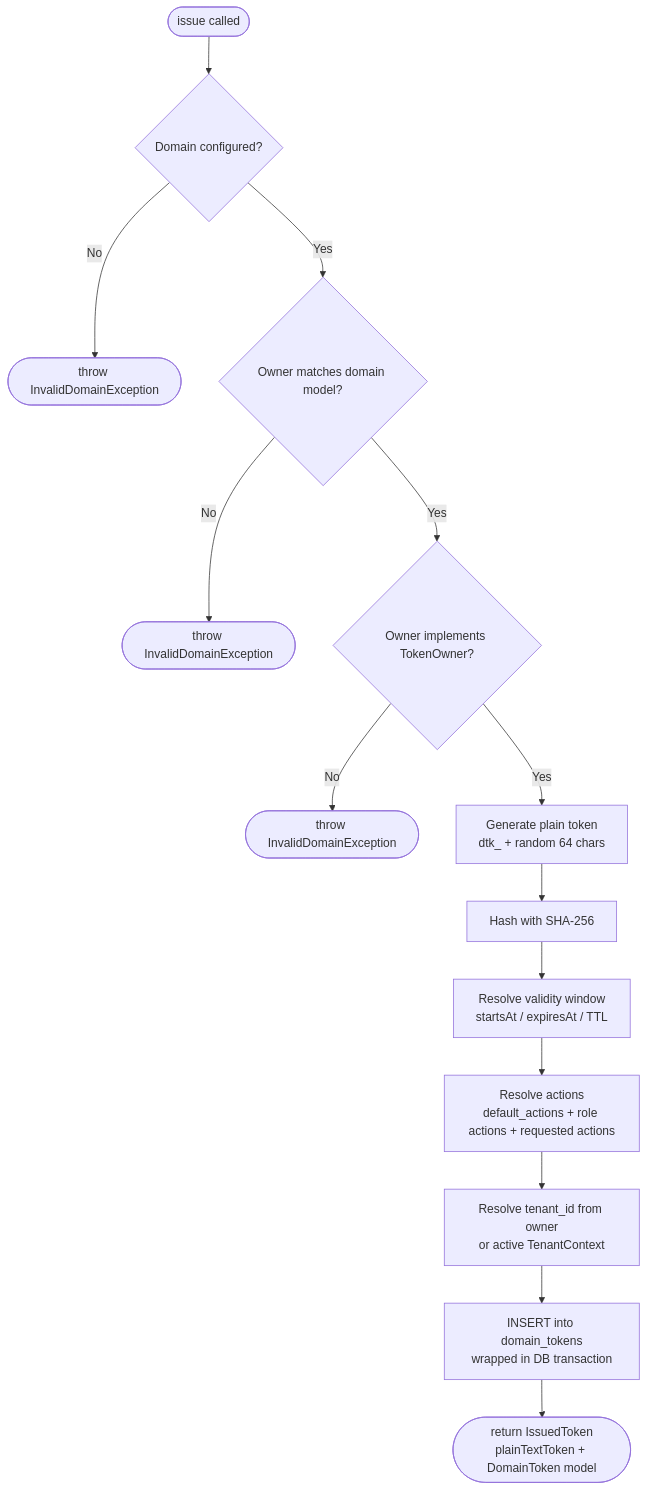
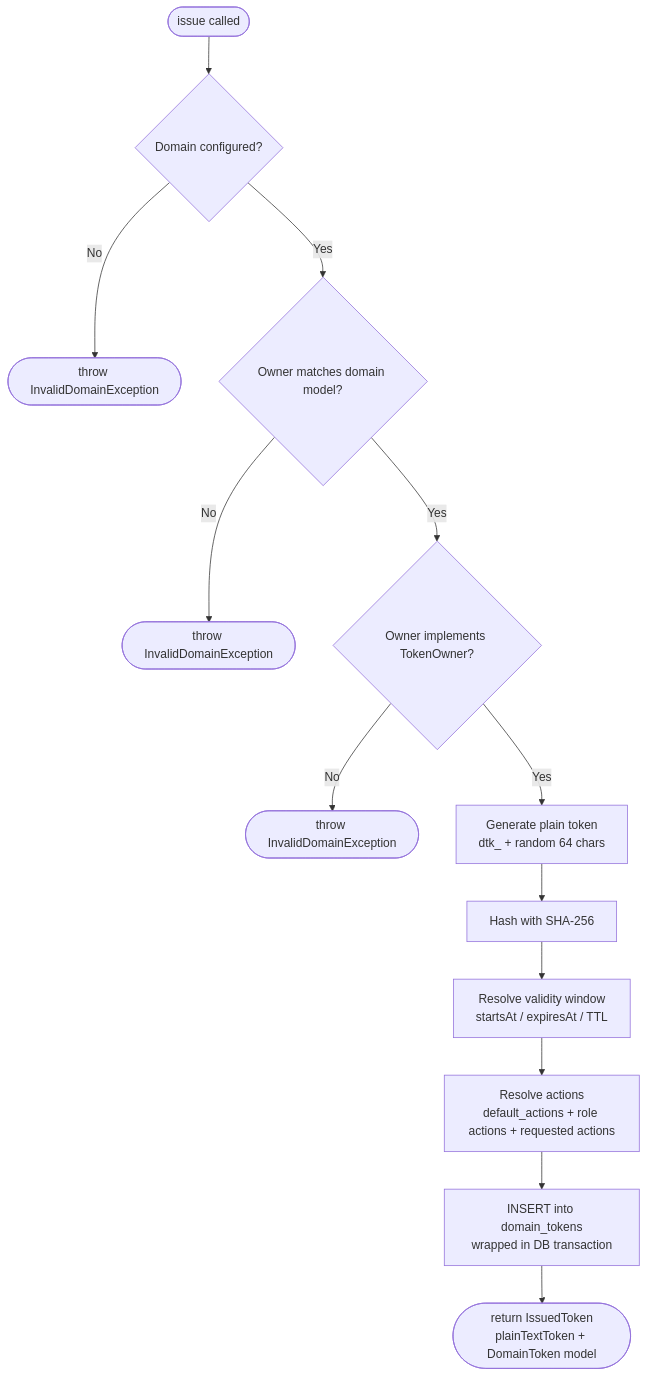
The first of 3 diagrams in doc/business-logic-and-core-processes.md (EquidnaMX/domain-token-auth), drawn with Mermaid before and after one commit. The commit also changed other lines of this file and 18 other files, not shown here.

````diff
--- a/doc/business-logic-and-core-processes.md
+++ b/doc/business-logic-and-core-processes.md
@@ -36,16 +36,15 @@
 ```mermaid
 flowchart TD
     A([issue called]) --> B{Domain configured?}
     B -- No --> E1([throw InvalidDomainException])
     B -- Yes --> C{Owner matches domain model?}
     C -- No --> E2([throw InvalidDomainException])
     C -- Yes --> D{Owner implements TokenOwner?}
     D -- No --> E3([throw InvalidDomainException])
     D -- Yes --> F[Generate plain token\ndtk_ + random 64 chars]
     F --> G[Hash with SHA-256]
     G --> H[Resolve validity window\nstartsAt / expiresAt / TTL]
     H --> I[Resolve actions\ndefault_actions + role actions + requested actions]
-    I --> J[Resolve tenant_id from owner\nor active TenantContext]
-    J --> K[INSERT into domain_tokens\nwrapped in DB transaction]
+    I --> K[INSERT into domain_tokens\nwrapped in DB transaction]
     K --> L([return IssuedToken\nplainTextToken + DomainToken model])
 ```
````
